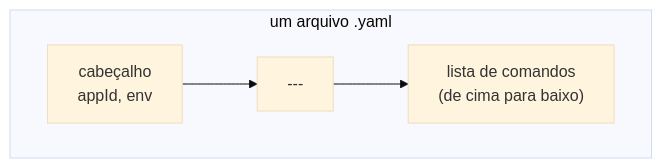
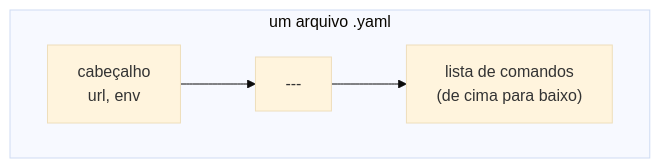
Before and after one commit to arkhibr/workshops-codigo-limpo: the third of 5 diagrams in sessao-9/tutorial-31-e2e-web-maestro/README.md, drawn with Mermaid (base theme). The commit also changed other lines of this file and 8 other files, not shown here.

````diff
--- a/sessao-9/tutorial-31-e2e-web-maestro/README.md
+++ b/sessao-9/tutorial-31-e2e-web-maestro/README.md
@@ -46,9 +46,9 @@
 ```mermaid
 flowchart TB
     subgraph flow["um arquivo .yaml"]
-      H["cabeçalho<br/>appId, env"]
+      H["cabeçalho<br/>url, env"]
       SEP["---"]
       CMD["lista de comandos<br/>(de cima para baixo)"]
       H --> SEP --> CMD
     end
 ```
````
